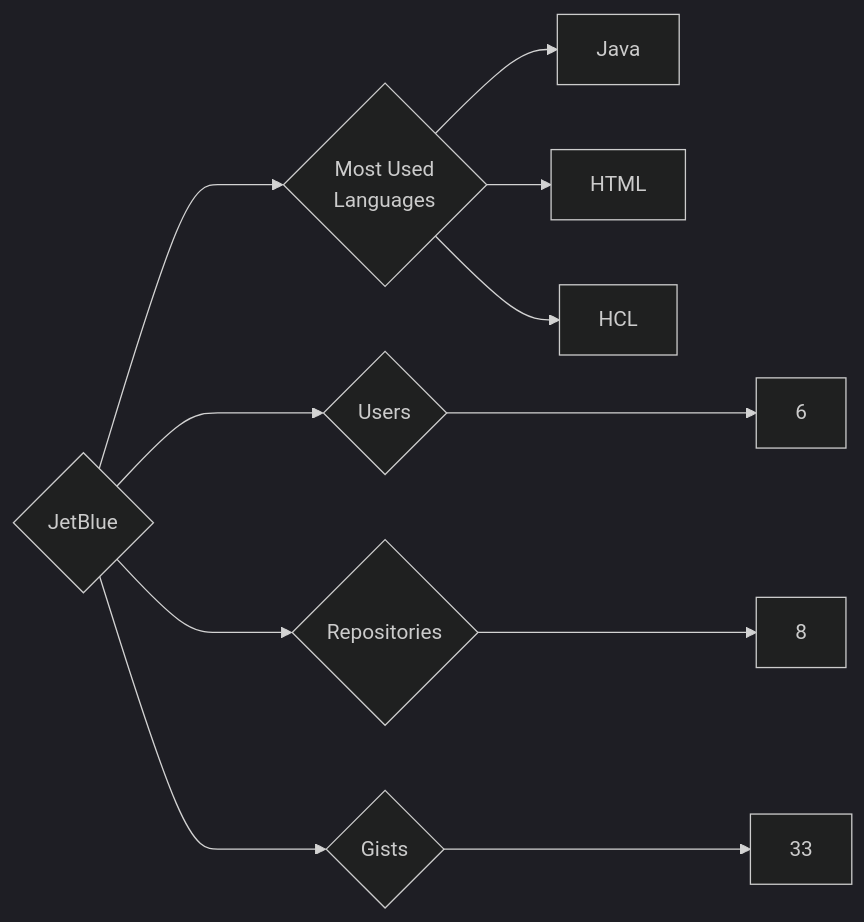
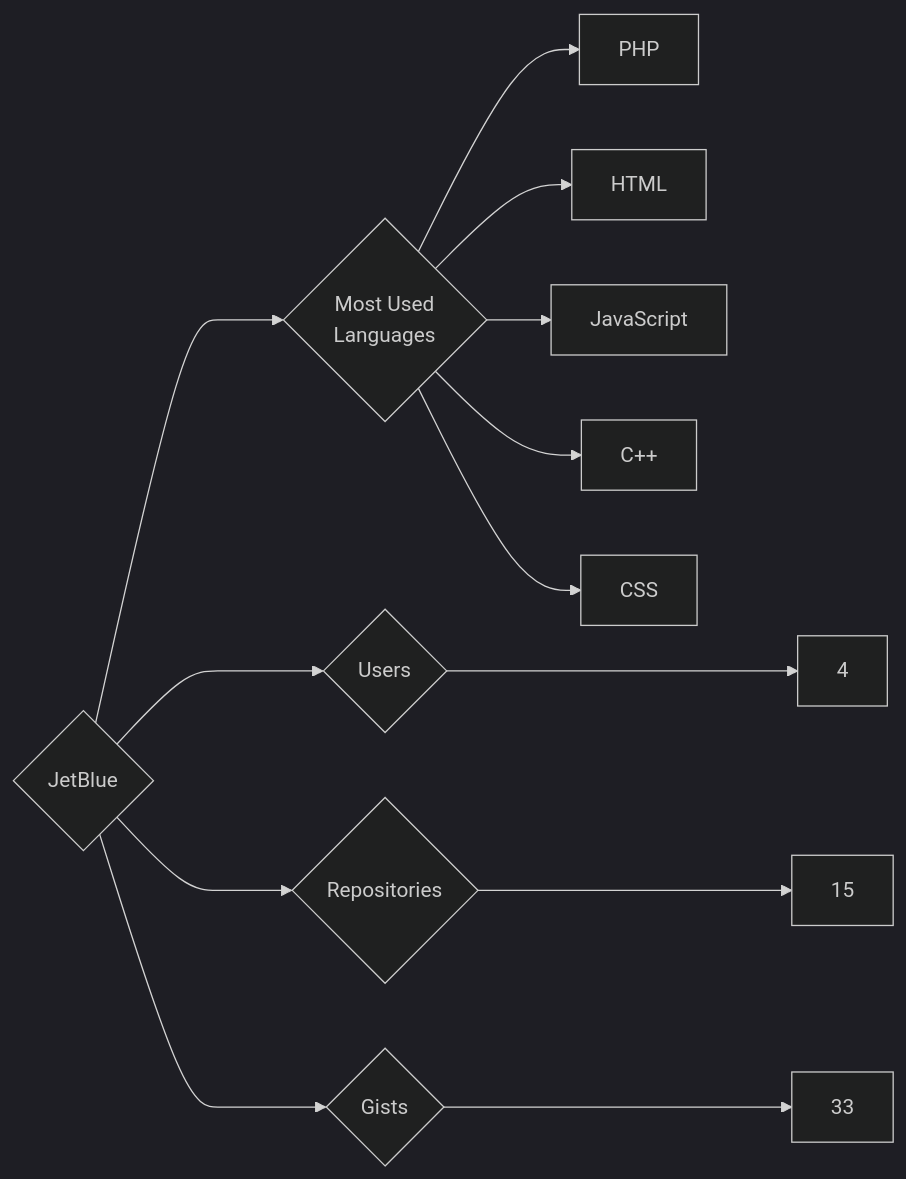
The diagram in targets/JetBlue/README.md (trickest/insiders), drawn with Mermaid (dark theme) before and after one commit. The commit also changed 679 other files, not shown here.

````diff
--- a/targets/JetBlue/README.md
+++ b/targets/JetBlue/README.md
@@ -3,11 +3,13 @@
 ```mermaid
 graph LR
 COMPANY_NAME{JetBlue}
-COMPANY_NAME ---> U{Users} ---> UN[6]
-COMPANY_NAME ---> R{Repositories} ---> RN[8]
+COMPANY_NAME ---> U{Users} ---> UN[4]
+COMPANY_NAME ---> R{Repositories} ---> RN[15]
 COMPANY_NAME ---> G{Gists} ---> GN[33]
 COMPANY_NAME ---> ML{Most Used<br>Languages}
-ML --> Java[Java]
+ML --> PHP[PHP]
 ML --> HTML[HTML]
-ML --> HCL[HCL]
+ML --> JavaScript[JavaScript]
+ML --> C++[C++]
+ML --> CSS[CSS]
 ```
````
